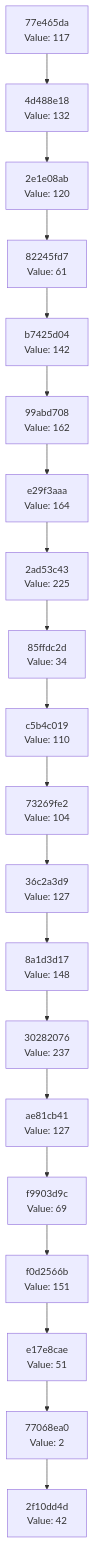
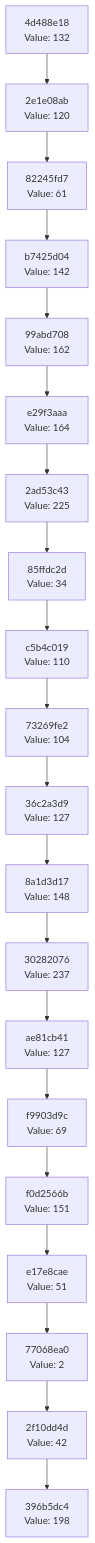
One commit to Abhisheksinha1506/hash-chain-evolver changed the diagram in docs/CHAIN_VISUALIZATION.md. Above: the diagram before and after it, drawn with Mermaid. The commit also changed 3 other files, not shown here.

````diff
--- a/docs/CHAIN_VISUALIZATION.md
+++ b/docs/CHAIN_VISUALIZATION.md
@@ -3,42 +3,42 @@
 ```mermaid
 graph TD
-    C0["2f10dd4d<br/>Value: 42"]
-    C1["77068ea0<br/>Value: 2"]
+    C0["396b5dc4<br/>Value: 198"]
+    C1["2f10dd4d<br/>Value: 42"]
     C1 --> C0
-    C2["e17e8cae<br/>Value: 51"]
+    C2["77068ea0<br/>Value: 2"]
     C2 --> C1
-    C3["f0d2566b<br/>Value: 151"]
+    C3["e17e8cae<br/>Value: 51"]
     C3 --> C2
-    C4["f9903d9c<br/>Value: 69"]
+    C4["f0d2566b<br/>Value: 151"]
     C4 --> C3
-    C5["ae81cb41<br/>Value: 127"]
+    C5["f9903d9c<br/>Value: 69"]
     C5 --> C4
-    C6["30282076<br/>Value: 237"]
+    C6["ae81cb41<br/>Value: 127"]
     C6 --> C5
-    C7["8a1d3d17<br/>Value: 148"]
+    C7["30282076<br/>Value: 237"]
     C7 --> C6
-    C8["36c2a3d9<br/>Value: 127"]
+    C8["8a1d3d17<br/>Value: 148"]
     C8 --> C7
-    C9["73269fe2<br/>Value: 104"]
+    C9["36c2a3d9<br/>Value: 127"]
     C9 --> C8
-    C10["c5b4c019<br/>Value: 110"]
+    C10["73269fe2<br/>Value: 104"]
     C10 --> C9
-    C11["85ffdc2d<br/>Value: 34"]
+    C11["c5b4c019<br/>Value: 110"]
     C11 --> C10
-    C12["2ad53c43<br/>Value: 225"]
+    C12["85ffdc2d<br/>Value: 34"]
     C12 --> C11
-    C13["e29f3aaa<br/>Value: 164"]
+    C13["2ad53c43<br/>Value: 225"]
     C13 --> C12
-    C14["99abd708<br/>Value: 162"]
+    C14["e29f3aaa<br/>Value: 164"]
     C14 --> C13
-    C15["b7425d04<br/>Value: 142"]
+    C15["99abd708<br/>Value: 162"]
     C15 --> C14
-    C16["82245fd7<br/>Value: 61"]
+    C16["b7425d04<br/>Value: 142"]
     C16 --> C15
-    C17["2e1e08ab<br/>Value: 120"]
+    C17["82245fd7<br/>Value: 61"]
     C17 --> C16
-    C18["4d488e18<br/>Value: 132"]
+    C18["2e1e08ab<br/>Value: 120"]
     C18 --> C17
-    C19["77e465da<br/>Value: 117"]
+    C19["4d488e18<br/>Value: 132"]
     C19 --> C18
 ```
````
